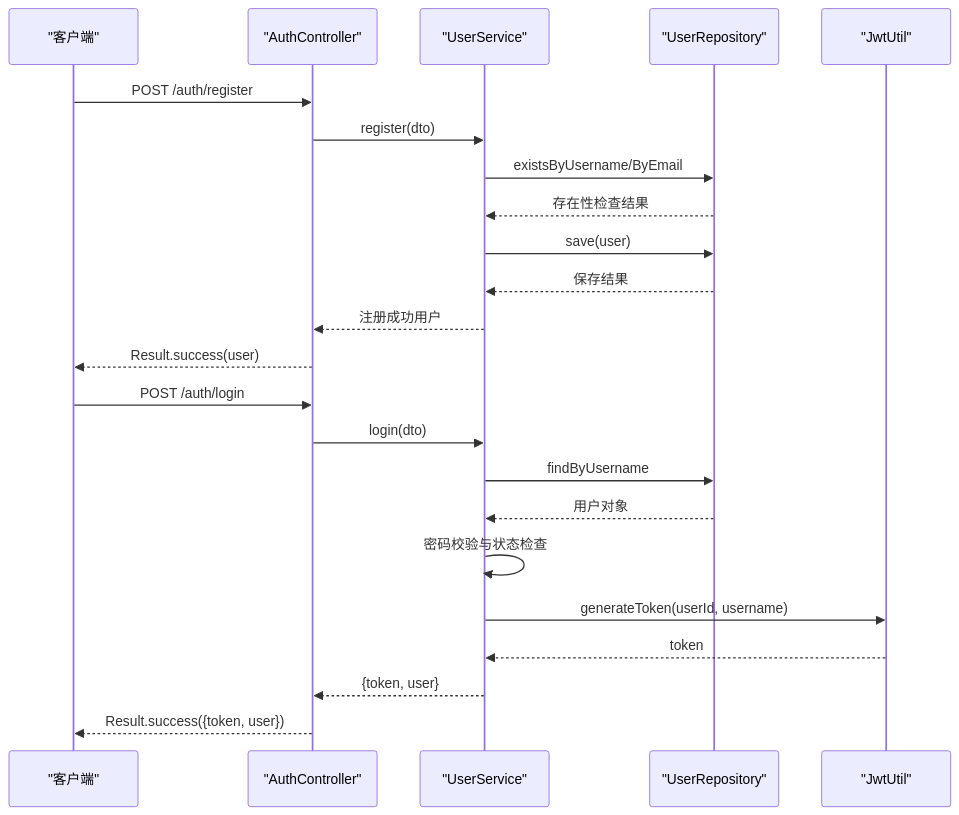
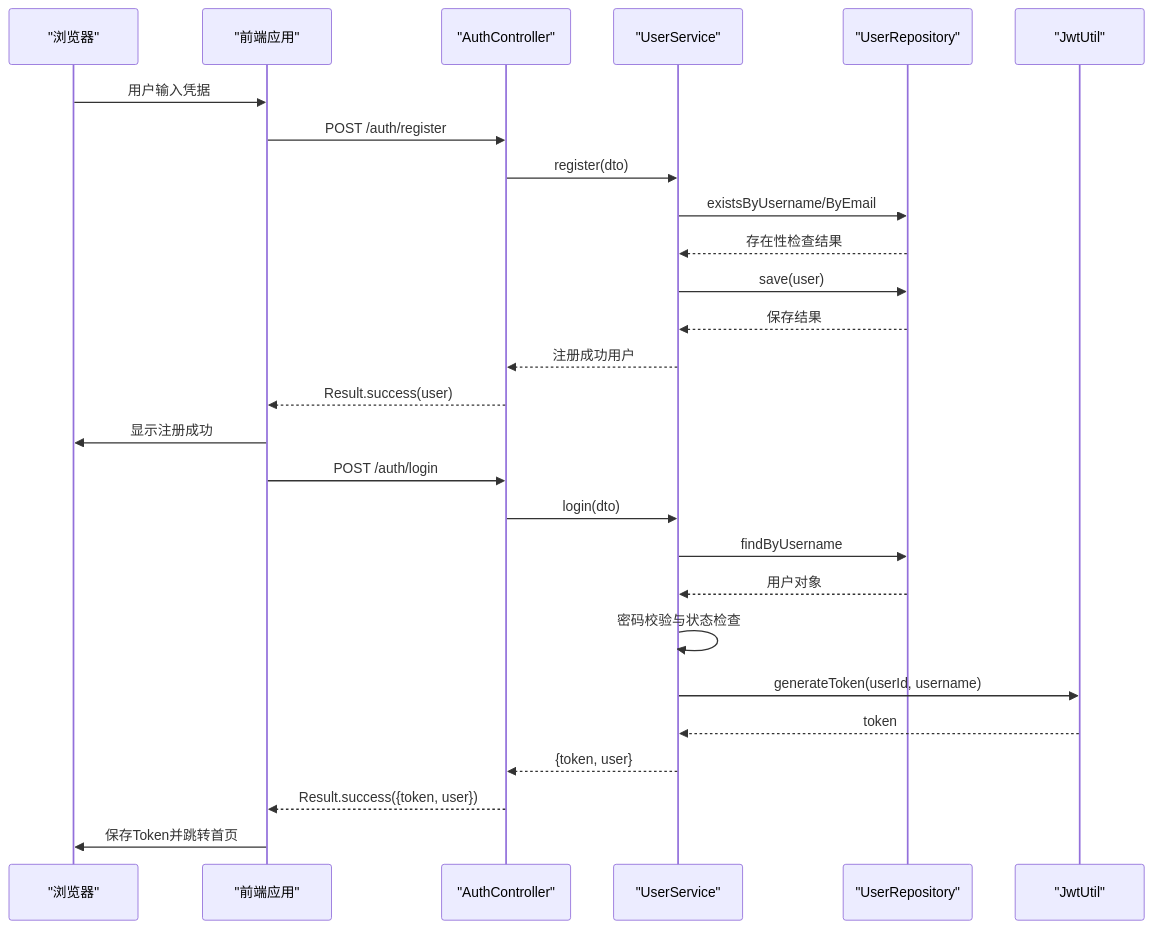
The third of 8 diagrams in .qoder/repowiki/zh/content/系统架构/整体架构设计.md (20164206160/zhishilu), drawn with Mermaid before and after one commit. The commit also changed other lines of this file and 28 other files, not shown here.

````diff
--- a/.qoder/repowiki/zh/content/系统架构/整体架构设计.md
+++ b/.qoder/repowiki/zh/content/系统架构/整体架构设计.md
@@ -169,25 +210,29 @@
 ```mermaid
 sequenceDiagram
-participant C as "客户端"
+participant Browser as "浏览器"
+participant Frontend as "前端应用"
 participant AC as "AuthController"
 participant US as "UserService"
 participant UR as "UserRepository"
 participant JU as "JwtUtil"
-C->>AC : POST /auth/register
+Browser->>Frontend : 用户输入凭据
+Frontend->>AC : POST /auth/register
 AC->>US : register(dto)
 US->>UR : existsByUsername/ByEmail
 UR-->>US : 存在性检查结果
 US->>UR : save(user)
 UR-->>US : 保存结果
 US-->>AC : 注册成功用户
-AC-->>C : Result.success(user)
-C->>AC : POST /auth/login
+AC-->>Frontend : Result.success(user)
+Frontend->>Browser : 显示注册成功
+Frontend->>AC : POST /auth/login
 AC->>US : login(dto)
 US->>UR : findByUsername
 UR-->>US : 用户对象
 US->>US : 密码校验与状态检查
 US->>JU : generateToken(userId, username)
 JU-->>US : token
 US-->>AC : {token, user}
-AC-->>C : Result.success({token, user})
+AC-->>Frontend : Result.success({token, user})
+Frontend->>Browser : 保存Token并跳转首页
 ```
````
